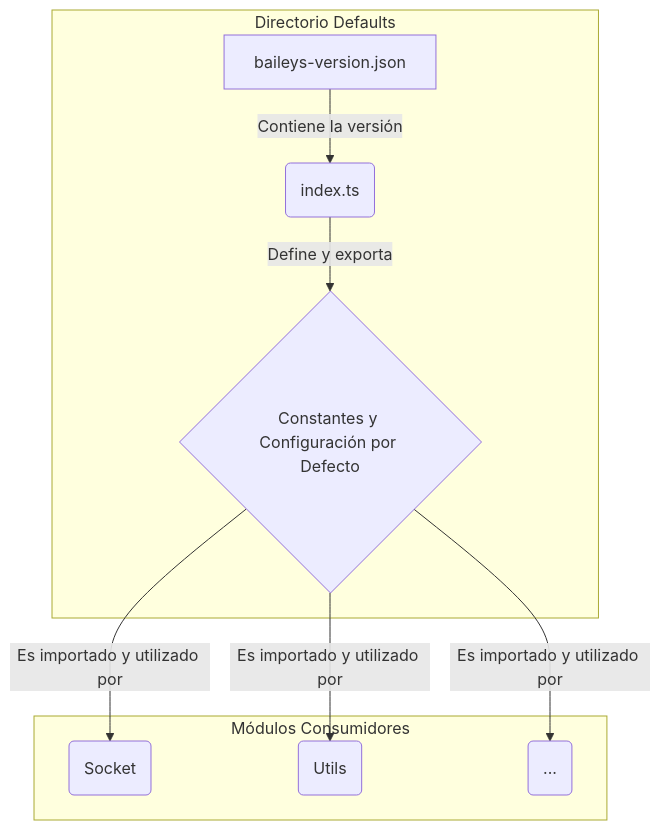
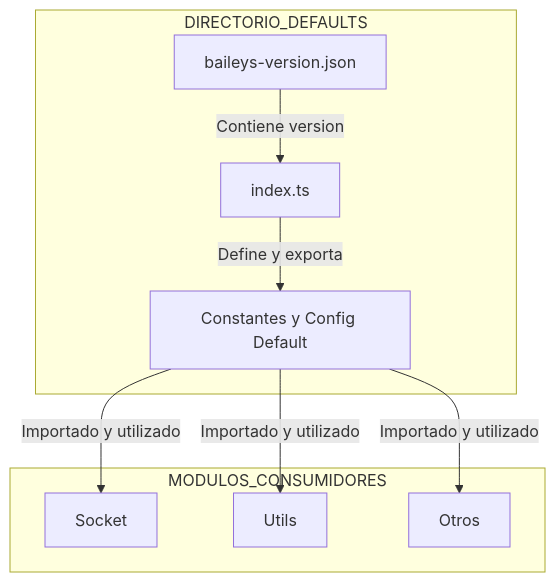
Before and after one commit to medinatello/Baileys: the diagram in src/Defaults/diagram.md, drawn with Mermaid. The commit also changed other lines of this file and 15 other files, not shown here.

````diff
--- a/src/Defaults/diagram.md
+++ b/src/Defaults/diagram.md
@@ -5,18 +9,17 @@
 ```mermaid
-graph TD
-    subgraph "Directorio Defaults"
-        A[baileys-version.json] -- Contiene la versión --> B(index.ts);
-        B -- Define y exporta --> C{Constantes y Configuración por Defecto};
+flowchart TD
+    subgraph DIRECTORIO_DEFAULTS
+        A[baileys-version.json] -- Contiene version --> B[index.ts]
+        B -- Define y exporta --> C[Constantes y Config Default]
     end
 
-    subgraph "Módulos Consumidores"
-        D(Socket);
-        E(Utils);
-        F(...)
+    subgraph MODULOS_CONSUMIDORES
+        D[Socket]
+        E[Utils]
+        F[Otros]
     end
 
-    C -- Es importado y utilizado por --> D;
-    C -- Es importado y utilizado por --> E;
-    C -- Es importado y utilizado por --> F;
-
+    C -- Importado y utilizado --> D
+    C -- Importado y utilizado --> E
+    C -- Importado y utilizado --> F
 ```
````
